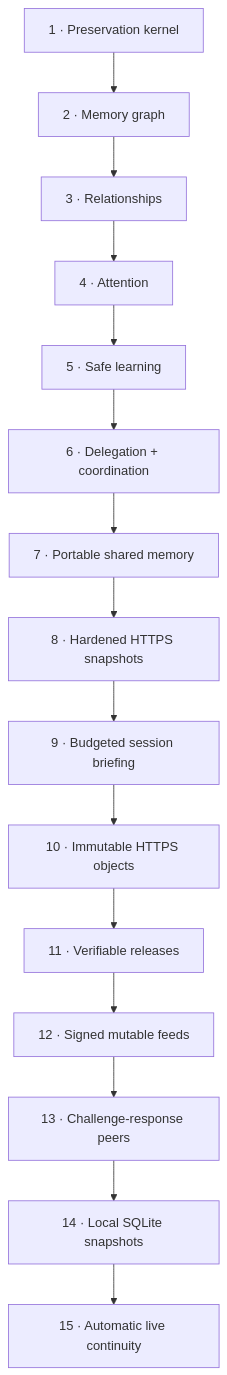
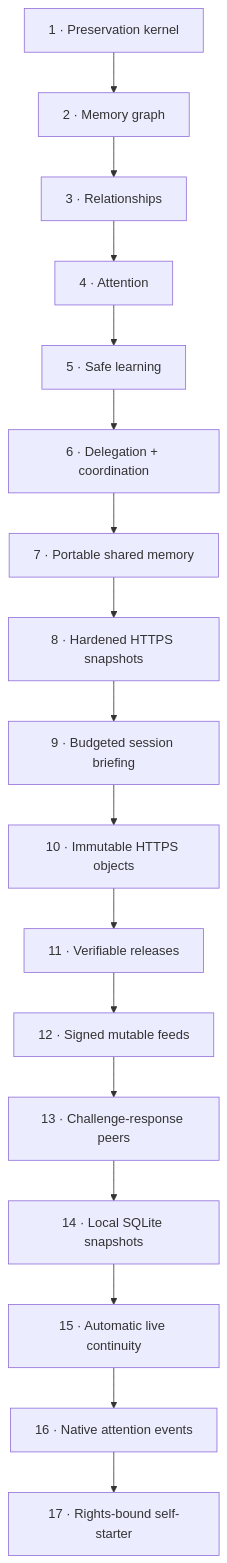
The diagram in docs/roadmap.md (Maykbiletti/AgentSpine), drawn with Mermaid before and after one commit. The commit also changed other lines of this file and 30 other files, not shown here.

Commit message:
Add rights-bound checkpointed self-starter

````diff
--- a/docs/roadmap.md
+++ b/docs/roadmap.md
@@ -5,17 +5,19 @@
 ```mermaid
 flowchart TB
     A["1 · Preservation kernel"] --> B["2 · Memory graph"]
     B --> C["3 · Relationships"]
     C --> D["4 · Attention"]
     D --> E["5 · Safe learning"]
     E --> F["6 · Delegation + coordination"]
     F --> G["7 · Portable shared memory"]
     G --> H["8 · Hardened HTTPS snapshots"]
     H --> I["9 · Budgeted session briefing"]
     I --> J["10 · Immutable HTTPS objects"]
     J --> K["11 · Verifiable releases"]
     K --> L["12 · Signed mutable feeds"]
     L --> M["13 · Challenge-response peers"]
     M --> N["14 · Local SQLite snapshots"]
     N --> O["15 · Automatic live continuity"]
+    O --> P["16 · Native attention events"]
+    P --> Q["17 · Rights-bound self-starter"]
 ```
````
